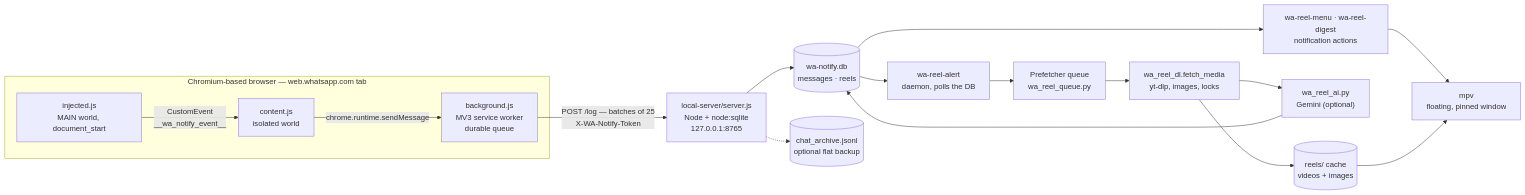
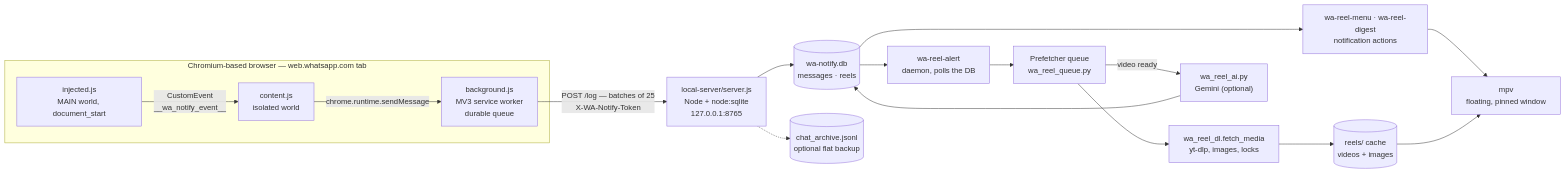
Before and after one commit to omsingh02/wa-notify: the first of 2 diagrams in docs/ARCHITECTURE.md, drawn with Mermaid. The commit also changed other lines of this file and 6 other files, not shown here.

````diff
--- a/docs/ARCHITECTURE.md
+++ b/docs/ARCHITECTURE.md
@@ -9,19 +9,19 @@
 ```mermaid
 flowchart LR
   subgraph Browser["Chromium-based browser — web.whatsapp.com tab"]
     I["injected.js<br/>MAIN world, document_start"] -- "CustomEvent<br/>__wa_notify_event__" --> C["content.js<br/>isolated world"]
     C -- "chrome.runtime.sendMessage" --> B["background.js<br/>MV3 service worker<br/>durable queue"]
   end
   B -- "POST /log — batches of 25<br/>X-WA-Notify-Token" --> S["local-server/server.js<br/>Node + node:sqlite<br/>127.0.0.1:8765"]
   S --> DB[("wa-notify.db<br/>messages · reels")]
   S -.-> J[("chat_archive.jsonl<br/>optional flat backup")]
   DB --> A["wa-reel-alert<br/>daemon, polls the DB"]
   A --> Q["Prefetcher queue<br/>wa_reel_queue.py"]
   Q --> D["wa_reel_dl.fetch_media<br/>yt-dlp, images, locks"]
   D --> R[("reels/ cache<br/>videos + images")]
-  D --> G["wa_reel_ai.py<br/>Gemini (optional)"]
+  Q -- "video ready" --> G["wa_reel_ai.py<br/>Gemini (optional)"]
   G --> DB
   M["wa-reel-menu · wa-reel-digest<br/>notification actions"] --> P["mpv<br/>floating, pinned window"]
   DB --> M
   R --> P
 ```
````
